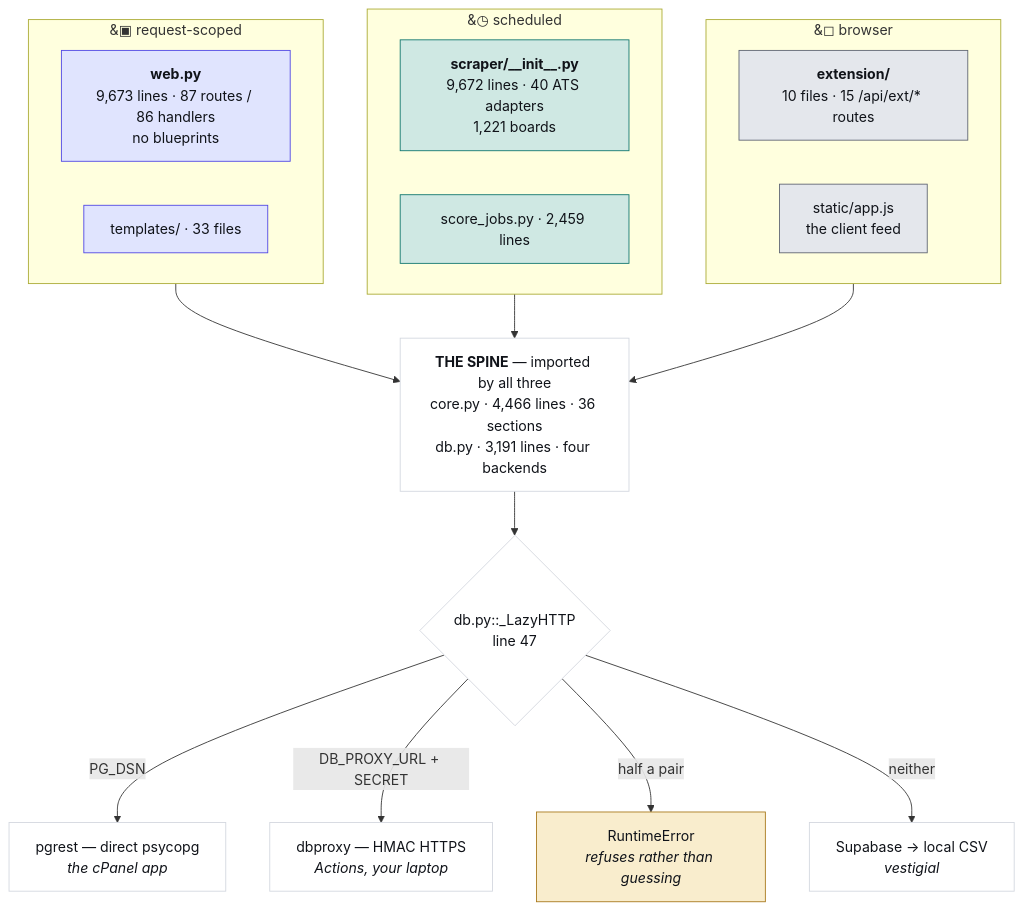
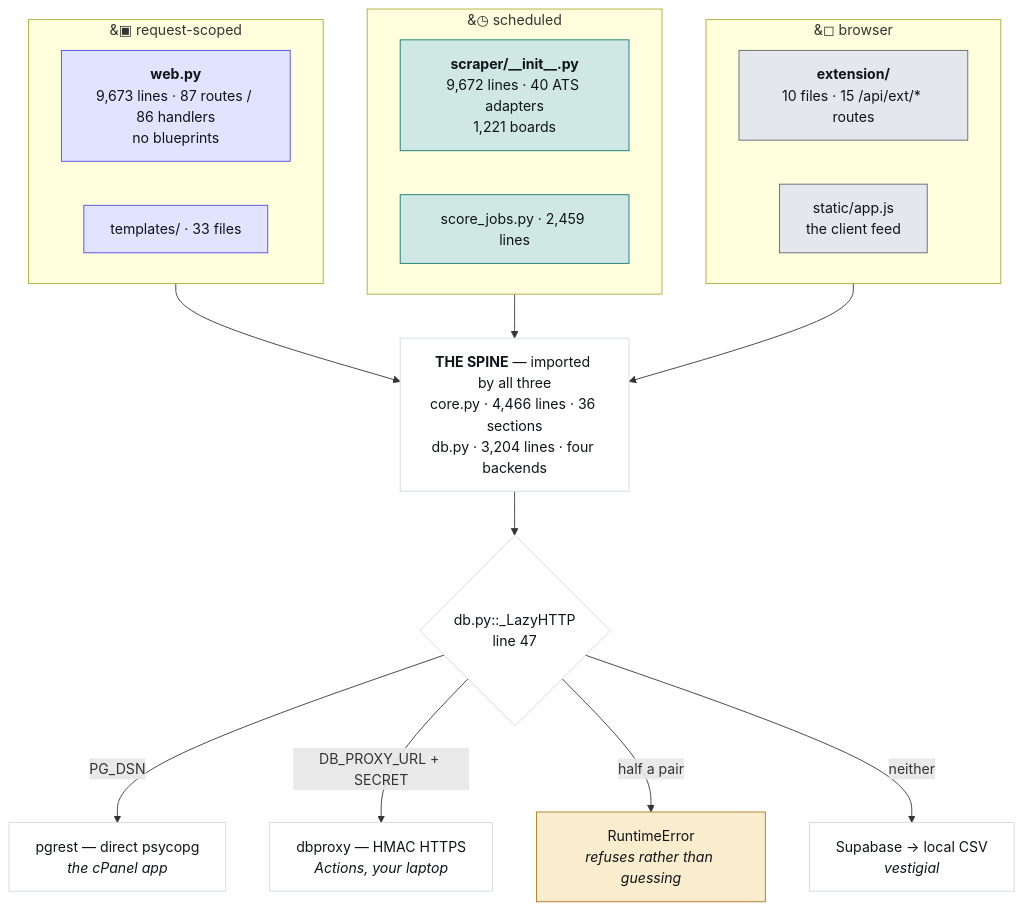
Before and after one commit to hadakunal909-debug/job-search-tool: the first of 4 diagrams in JobMatch Scraper/docs/ARCHITECTURE.md, drawn with Mermaid. The commit also changed 7 other files, not shown here.

````diff
--- a/JobMatch Scraper/docs/ARCHITECTURE.md
+++ b/JobMatch Scraper/docs/ARCHITECTURE.md
@@ -45,34 +45,34 @@
 ```mermaid
 flowchart TB
   subgraph REQ["&#9635; request-scoped"]
     W["<b>web.py</b><br/>9,673 lines · 87 routes / 86 handlers<br/>no blueprints"]
     T["templates/ · 33 files"]
   end
   subgraph SCH["&#9719; scheduled"]
     S["<b>scraper/__init__.py</b><br/>9,672 lines · 40 ATS adapters<br/>1,221 boards"]
     J["score_jobs.py · 2,459 lines"]
   end
   subgraph CLI["&#9723; browser"]
     E["<b>extension/</b><br/>10 files · 15 /api/ext/* routes"]
     A["static/app.js<br/>the client feed"]
   end
-  SPINE["<b>THE SPINE</b> — imported by all three<br/>core.py · 4,466 lines · 36 sections<br/>db.py · 3,191 lines · four backends"]
+  SPINE["<b>THE SPINE</b> — imported by all three<br/>core.py · 4,466 lines · 36 sections<br/>db.py · 3,204 lines · four backends"]
   REQ --> SPINE
   SCH --> SPINE
   CLI --> SPINE
   SPINE --> D{"db.py::_LazyHTTP<br/>line 47"}
   D -->|"PG_DSN"| P["pgrest — direct psycopg<br/><i>the cPanel app</i>"]
   D -->|"DB_PROXY_URL + SECRET"| X["dbproxy — HMAC HTTPS<br/><i>Actions, your laptop</i>"]
   D -->|"half a pair"| R["RuntimeError<br/><i>refuses rather than guessing</i>"]
   D -->|"neither"| V["Supabase → local CSV<br/><i>vestigial</i>"]
   classDef web fill:#e0e4fe,stroke:#4f46e5,color:#101319
   classDef sched fill:#cfe8e3,stroke:#0f766e,color:#101319
   classDef client fill:#e4e7ec,stroke:#5f6573,color:#101319
   classDef trap fill:#f9edcd,stroke:#a8781a,color:#101319
   classDef plain fill:#ffffff,stroke:#d3d7df,color:#101319
   class W,T web
   class S,J sched
   class E,A client
   class R trap
   class SPINE,D,P,X,V plain
 ```
````
